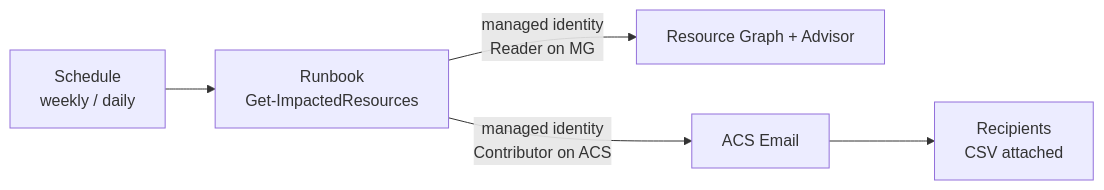
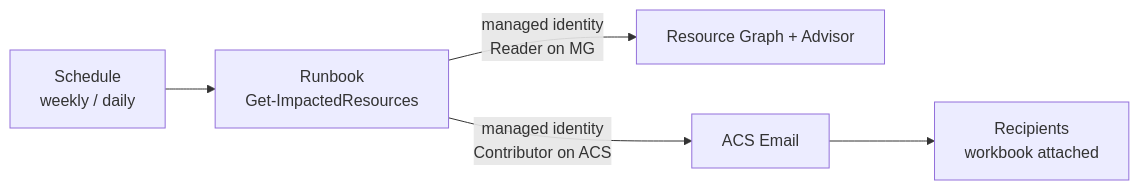
Before and after one commit to nd4ever/azure-service-health-impacted-resources: the first of 2 diagrams in README.md, drawn with Mermaid. The commit also changed other lines of this file and 3 other files, not shown here.

Commit message:
Split report into affected / no-affected notifications (2-tab workbook, 2-section email) (#2)

````diff
--- a/README.md
+++ b/README.md
@@ -83,6 +85,6 @@
 ```mermaid
 flowchart LR
     S[Schedule<br/>weekly / daily] --> R[Runbook<br/>Get-ImpactedResources]
     R -- managed identity<br/>Reader on MG --> G[Resource Graph + Advisor]
-    R -- managed identity<br/>Contributor on ACS --> A[ACS Email] --> M[Recipients<br/>CSV attached]
+    R -- managed identity<br/>Contributor on ACS --> A[ACS Email] --> M[Recipients<br/>workbook attached]
 ```
````
